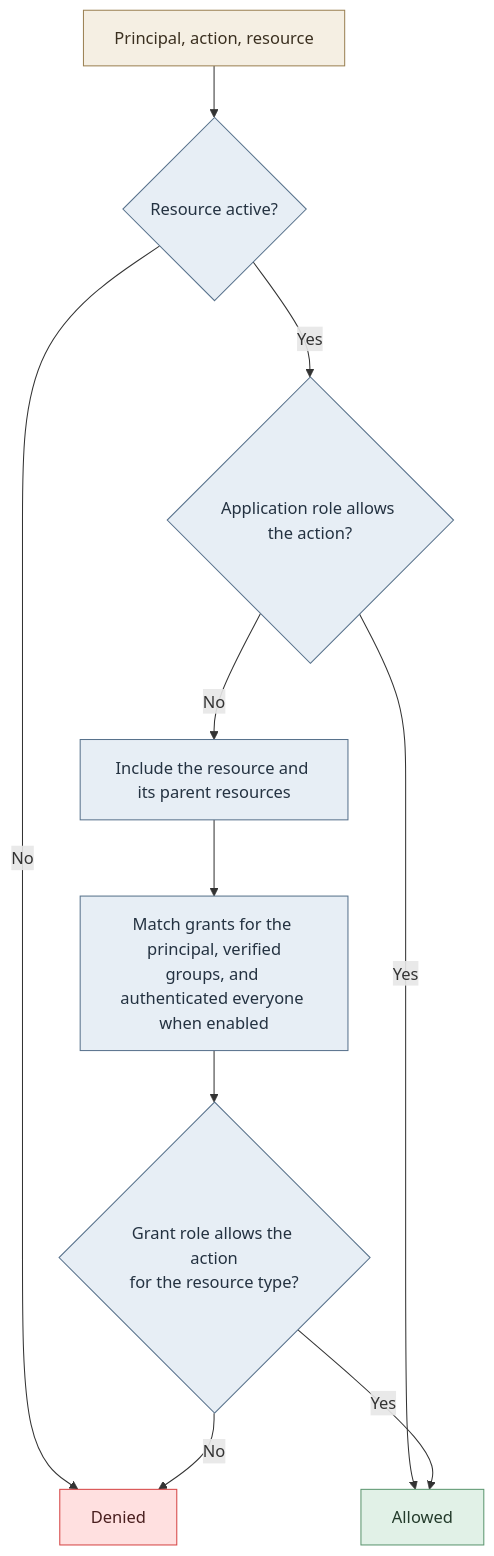
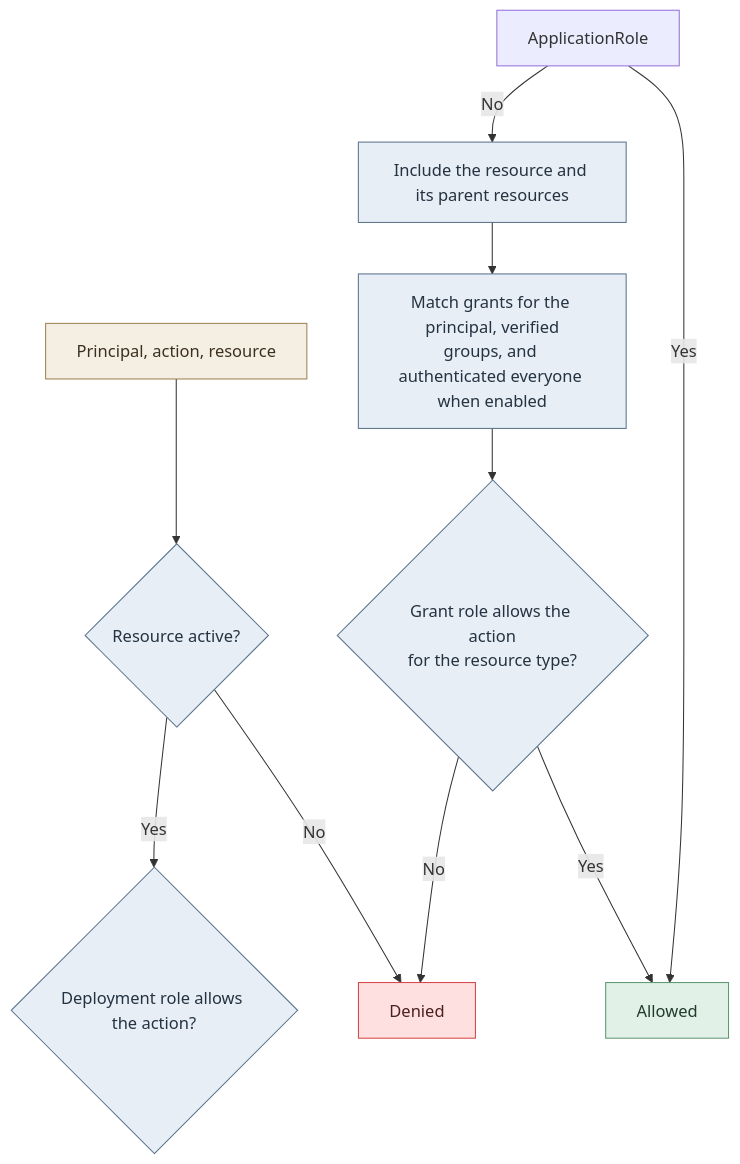
The ninth of 9 diagrams in docs/DIAGRAMS.md (humlab-sead/sead_shape_shifter), drawn with Mermaid before and after one commit. The commit also changed other lines of this file and 8 other files, not shown here.

First line of the commit message:
refactor(authorization): unify role tables and name deployment roles

````diff
--- a/docs/DIAGRAMS.md
+++ b/docs/DIAGRAMS.md
@@ -207,22 +207,22 @@
 ```mermaid
 flowchart TD
     Request["Principal, action, resource"] --> Lifecycle{"Resource active?"}
     Lifecycle -->|"No"| Denied["Denied"]
-    Lifecycle -->|"Yes"| ApplicationRole{"Application role allows the action?"}
+    Lifecycle -->|"Yes"| DeploymentRole{"Deployment role allows the action?"}
     ApplicationRole -->|"Yes"| Allowed["Allowed"]
     ApplicationRole -->|"No"| Ancestors["Include the resource and its parent resources"]
     Ancestors --> Grants["Match grants for the principal, verified\ngroups, and authenticated everyone when enabled"]
     Grants --> ResourceRole{"Grant role allows the action\nfor the resource type?"}
     ResourceRole -->|"Yes"| Allowed
     ResourceRole -->|"No"| Denied
 
     classDef input fill:#f5efe3,stroke:#9b8153,color:#3b3020;
     classDef step fill:#e7eef5,stroke:#58728c,color:#243241;
     classDef result fill:#e1f1e7,stroke:#5c9670,color:#233b2b;
     classDef denied fill:#ffe0e0,stroke:#d64545,color:#4a1f1f;
 
     class Request input;
-    class Lifecycle,ApplicationRole,Ancestors,Grants,ResourceRole step;
+    class Lifecycle,DeploymentRole,Ancestors,Grants,ResourceRole step;
     class Allowed result;
     class Denied denied;
 ```
````
